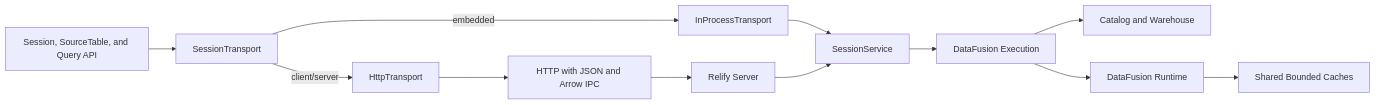
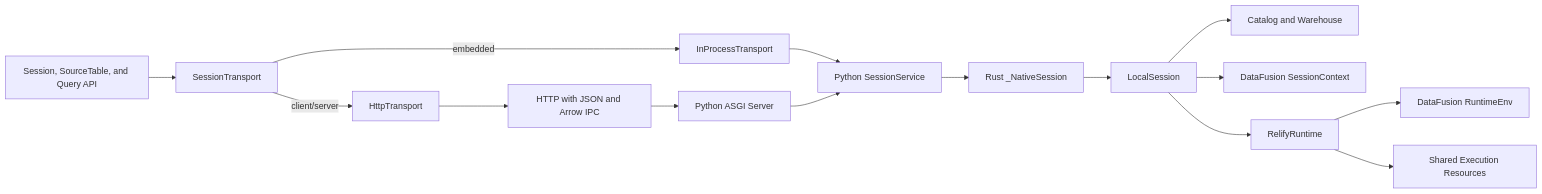
One commit to parqdb-io/parqdb changed the first of 2 diagrams in docs/rfcs/20260815-unified-embedded-client-server-api.md. Above: the diagram before and after it, drawn with Mermaid. The commit also changed other lines of this file, not shown here.

Commit message:
docs(rfc): complete client-server execution model

````diff
--- a/docs/rfcs/20260815-unified-embedded-client-server-api.md
+++ b/docs/rfcs/20260815-unified-embedded-client-server-api.md
@@ -343,17 +431,20 @@
 ```mermaid
 flowchart LR
     API["Session, SourceTable, and Query API"] --> T["SessionTransport"]
 
     T -->|embedded| I["InProcessTransport"]
     T -->|client/server| H["HttpTransport"]
 
-    I --> S["SessionService"]
+    I --> S["Python SessionService"]
     H --> N["HTTP with JSON and Arrow IPC"]
-    N --> R["Relify Server"]
+    N --> R["Python ASGI Server"]
     R --> S
 
-    S --> L["DataFusion Execution"]
-    L --> C["Catalog and Warehouse"]
-    L --> E["DataFusion Runtime"]
-    E --> P["Shared Bounded Caches"]
+    S --> L["Rust _NativeSession"]
+    L --> LS["LocalSession"]
+    LS --> C["Catalog and Warehouse"]
+    LS --> E["DataFusion SessionContext"]
+    LS --> RT["RelifyRuntime"]
+    RT --> RE["DataFusion RuntimeEnv"]
+    RT --> P["Shared Execution Resources"]
 ```
````
